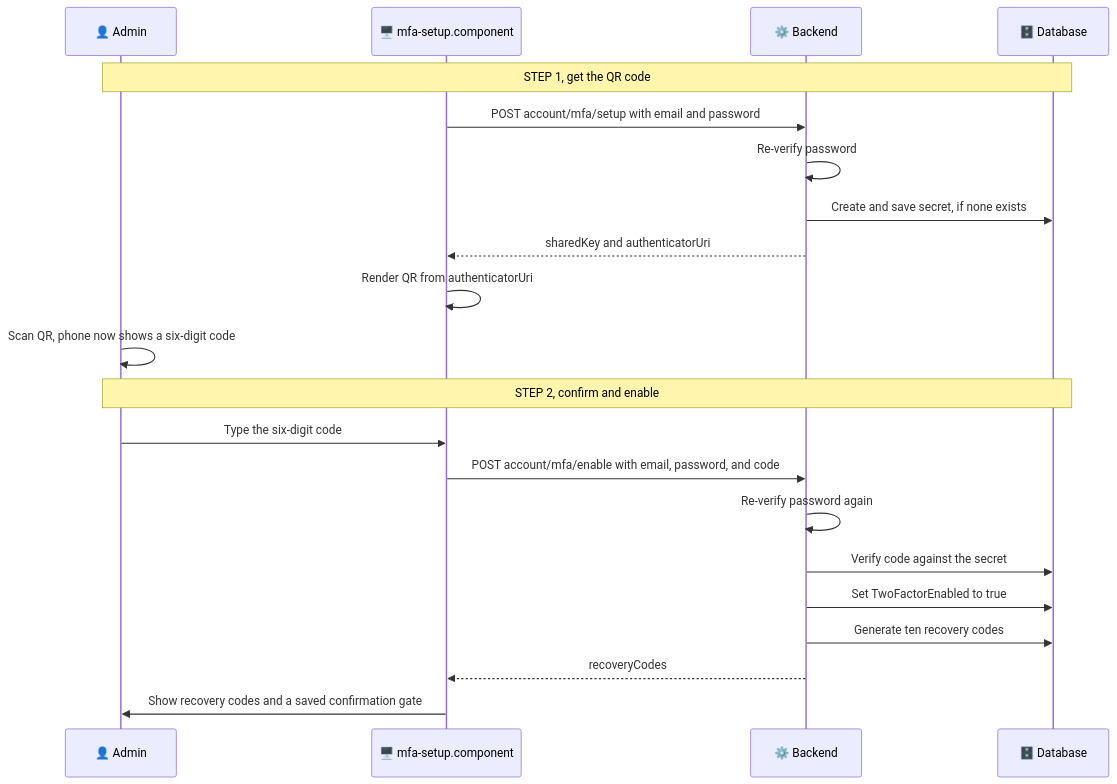
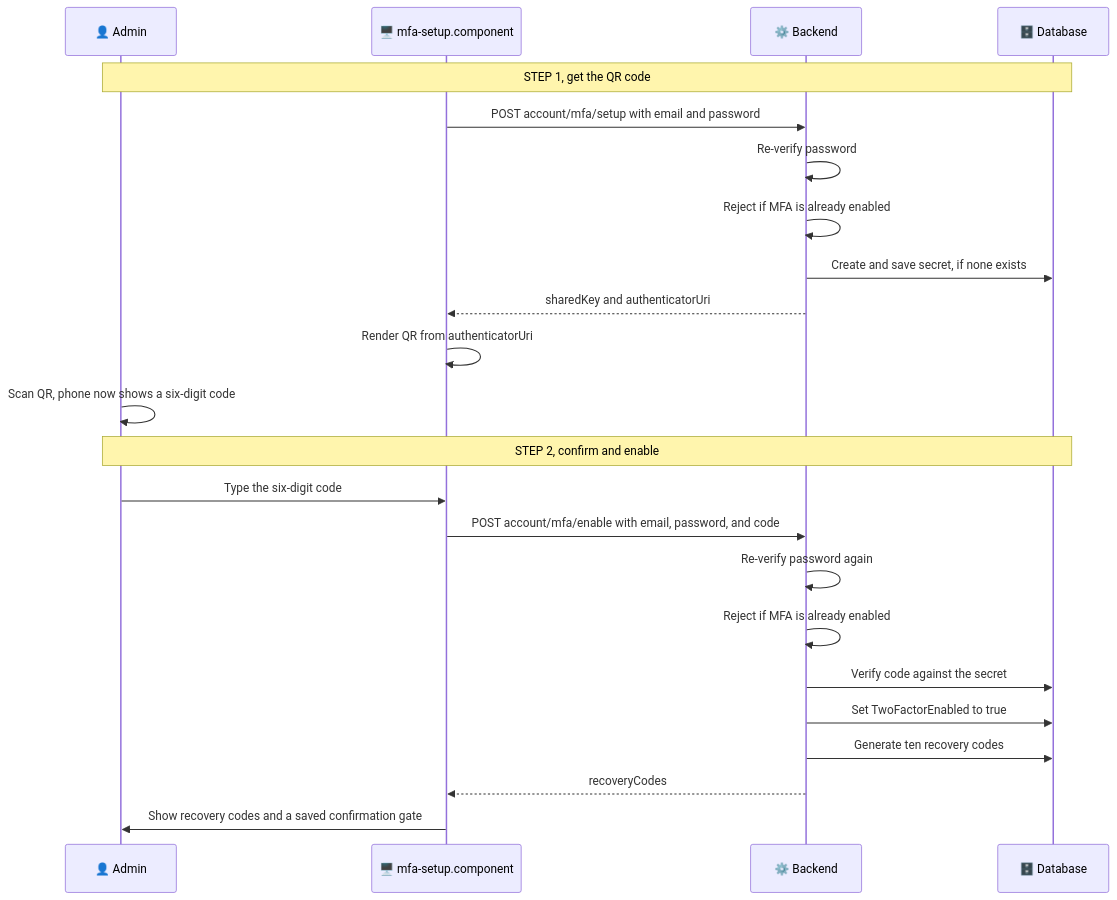
One commit to jahanalem/LinkedIn2GitHub changed the fifth of 15 diagrams in 0054_LiliShop-Security-02-MFA.md. Above: the diagram before and after it, drawn with Mermaid. The commit also changed other lines of this file, not shown here.

````diff
--- a/0054_LiliShop-Security-02-MFA.md
+++ b/0054_LiliShop-Security-02-MFA.md
@@ -523,25 +655,27 @@
 ```mermaid
 sequenceDiagram
     participant U as 👤 Admin
     participant FE as 🖥️ mfa-setup.component
     participant BE as ⚙️ Backend
     participant DB as 🗄️ Database
 
     Note over U,DB: STEP 1, get the QR code
     FE->>BE: POST account/mfa/setup with email and password
     BE->>BE: Re-verify password
+    BE->>BE: Reject if MFA is already enabled
     BE->>DB: Create and save secret, if none exists
     BE-->>FE: sharedKey and authenticatorUri
     FE->>FE: Render QR from authenticatorUri
     U->>U: Scan QR, phone now shows a six-digit code
 
     Note over U,DB: STEP 2, confirm and enable
     U->>FE: Type the six-digit code
     FE->>BE: POST account/mfa/enable with email, password, and code
     BE->>BE: Re-verify password again
+    BE->>BE: Reject if MFA is already enabled
     BE->>DB: Verify code against the secret
     BE->>DB: Set TwoFactorEnabled to true
     BE->>DB: Generate ten recovery codes
     BE-->>FE: recoveryCodes
     FE->>U: Show recovery codes and a saved confirmation gate
 ```
````
